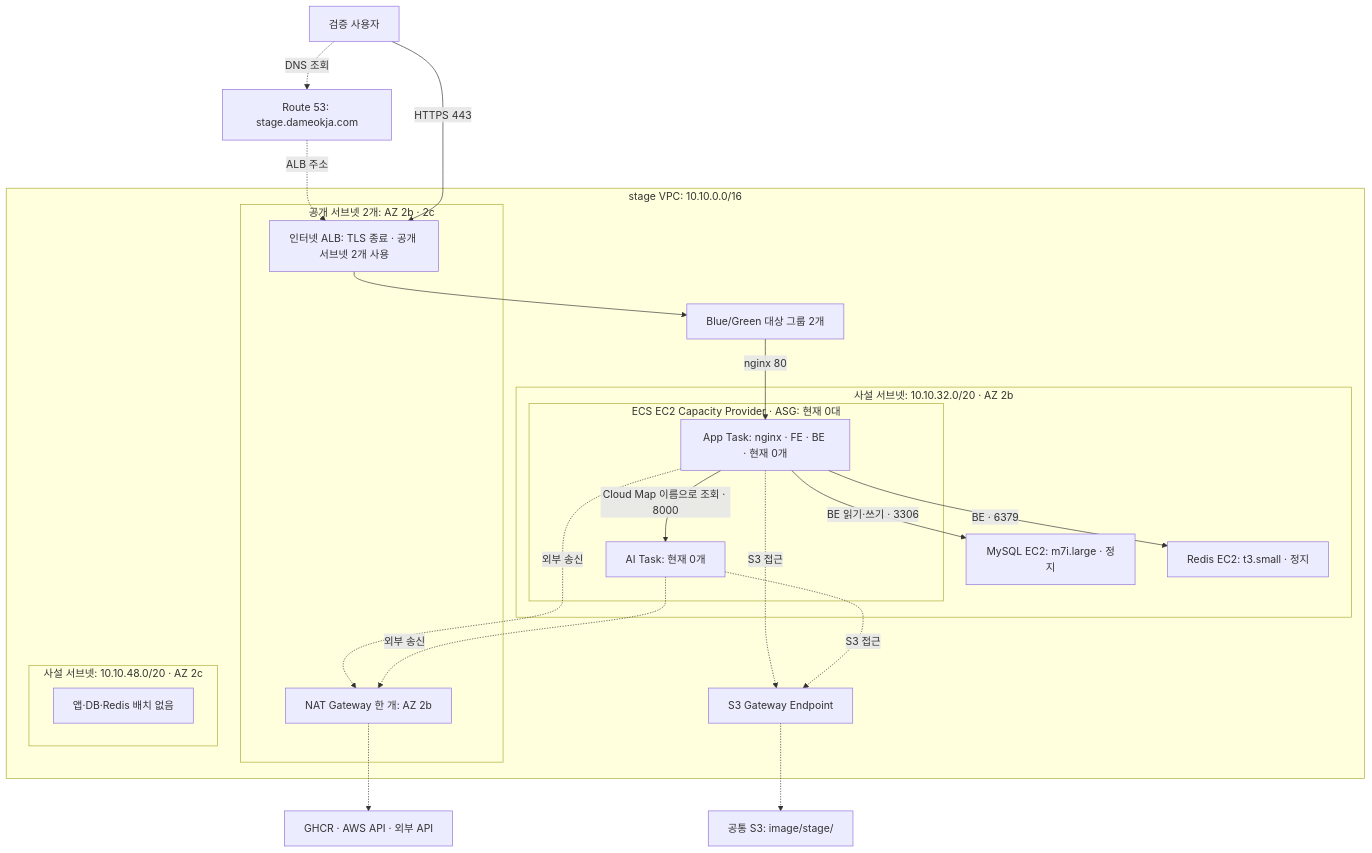
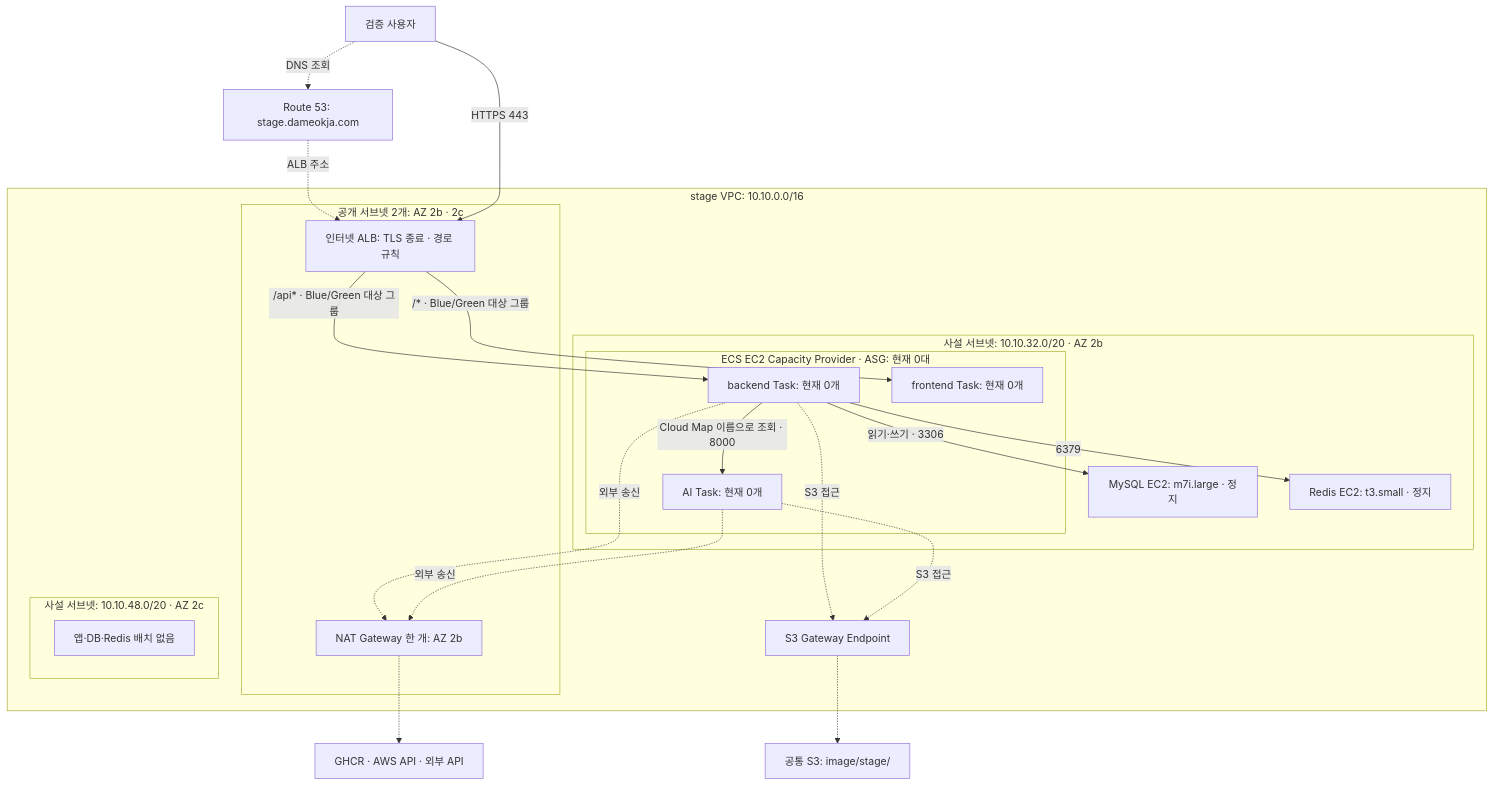
One commit to 100-hours-a-week/KTB4-5th-CLOUD changed the second of 4 diagrams in docs/design/v2 환경별 구축 아키텍처.md. Above: the diagram before and after it, drawn with Mermaid. The commit also changed other lines of this file and 12 other files, not shown here.

````diff
--- a/docs/design/v2 환경별 구축 아키텍처.md
+++ b/docs/design/v2 환경별 구축 아키텍처.md
@@ -76,39 +77,40 @@
 ```mermaid
 flowchart TB
     stageClient["검증 사용자"]
     stageDns["Route 53: stage.dameokja.com"]
     subgraph stageVpc["stage VPC: 10.10.0.0/16"]
         subgraph stagePublic["공개 서브넷 2개: AZ 2b · 2c"]
-            stageAlb["인터넷 ALB: TLS 종료 · 공개 서브넷 2개 사용"]
+            stageAlb["인터넷 ALB: TLS 종료 · 경로 규칙"]
             stageNat["NAT Gateway 한 개: AZ 2b"]
         end
-        stageTargets["Blue/Green 대상 그룹 2개"]
         subgraph stagePrivateB["사설 서브넷: 10.10.32.0/20 · AZ 2b"]
             subgraph stageCapacity["ECS EC2 Capacity Provider · ASG: 현재 0대"]
-                stageApp["App Task: nginx · FE · BE · 현재 0개"]
+                stageBe["backend Task: 현재 0개"]
+                stageFe["frontend Task: 현재 0개"]
                 stageAi["AI Task: 현재 0개"]
             end
             stageDb["MySQL EC2: m7i.large · 정지"]
             stageRedis["Redis EC2: t3.small · 정지"]
         end
         subgraph stagePrivateC["사설 서브넷: 10.10.48.0/20 · AZ 2c"]
             stageReserved["앱·DB·Redis 배치 없음"]
         end
         stageEndpoint["S3 Gateway Endpoint"]
     end
     stageS3["공통 S3: image/stage/"]
     stageExternal["GHCR · AWS API · 외부 API"]
     stageClient -.->|"DNS 조회"| stageDns
     stageDns -.->|"ALB 주소"| stageAlb
     stageClient -->|"HTTPS 443"| stageAlb
-    stageAlb --> stageTargets -->|"nginx 80"| stageApp
-    stageApp -->|"BE 읽기·쓰기 · 3306"| stageDb
-    stageApp -->|"BE · 6379"| stageRedis
-    stageApp -->|"Cloud Map 이름으로 조회 · 8000"| stageAi
-    stageApp -.->|"외부 송신"| stageNat
+    stageAlb -->|"/api* · Blue/Green 대상 그룹"| stageBe
+    stageAlb -->|"/* · Blue/Green 대상 그룹"| stageFe
+    stageBe -->|"읽기·쓰기 · 3306"| stageDb
+    stageBe -->|"6379"| stageRedis
+    stageBe -->|"Cloud Map 이름으로 조회 · 8000"| stageAi
+    stageBe -.->|"외부 송신"| stageNat
     stageAi -.->|"외부 송신"| stageNat
     stageNat -.-> stageExternal
-    stageApp -.->|"S3 접근"| stageEndpoint
+    stageBe -.->|"S3 접근"| stageEndpoint
     stageAi -.->|"S3 접근"| stageEndpoint
     stageEndpoint -.-> stageS3
 ```
````
